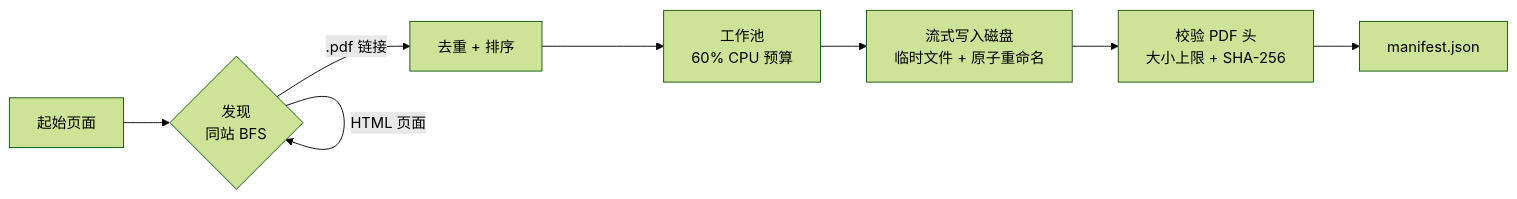
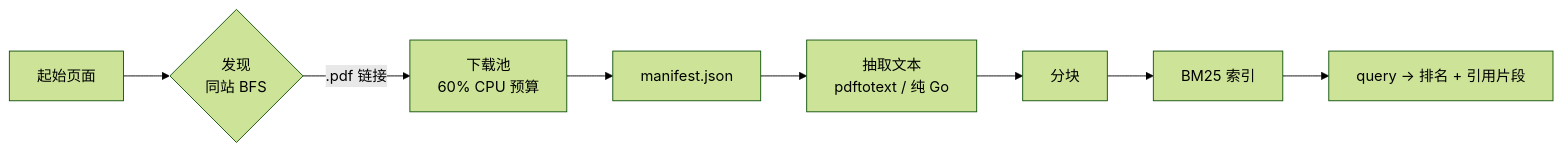
The diagram in README.zh-CN.md (DeanT-04/oxford-strat-RAG), drawn with Mermaid (forest theme) before and after one commit. The commit also changed other lines of this file and 20 other files, not shown here.

````diff
--- a/README.zh-CN.md
+++ b/README.zh-CN.md
@@ -95,10 +83,10 @@
 ```mermaid
 flowchart LR
     A[起始页面] --> B{发现<br/>同站 BFS}
-    B -->|.pdf 链接| C[去重 + 排序]
-    B -->|HTML 页面| B
-    C --> D[工作池<br/>60% CPU 预算]
-    D --> E[流式写入磁盘<br/>临时文件 + 原子重命名]
-    E --> F[校验 PDF 头<br/>大小上限 + SHA-256]
-    F --> G[manifest.json]
+    B -->|.pdf 链接| C[下载池<br/>60% CPU 预算]
+    C --> D[manifest.json]
+    D --> E[抽取文本<br/>pdftotext / 纯 Go]
+    E --> F[分块]
+    F --> G[BM25 索引]
+    G --> H[query → 排名 + 引用片段]
 ```
````
